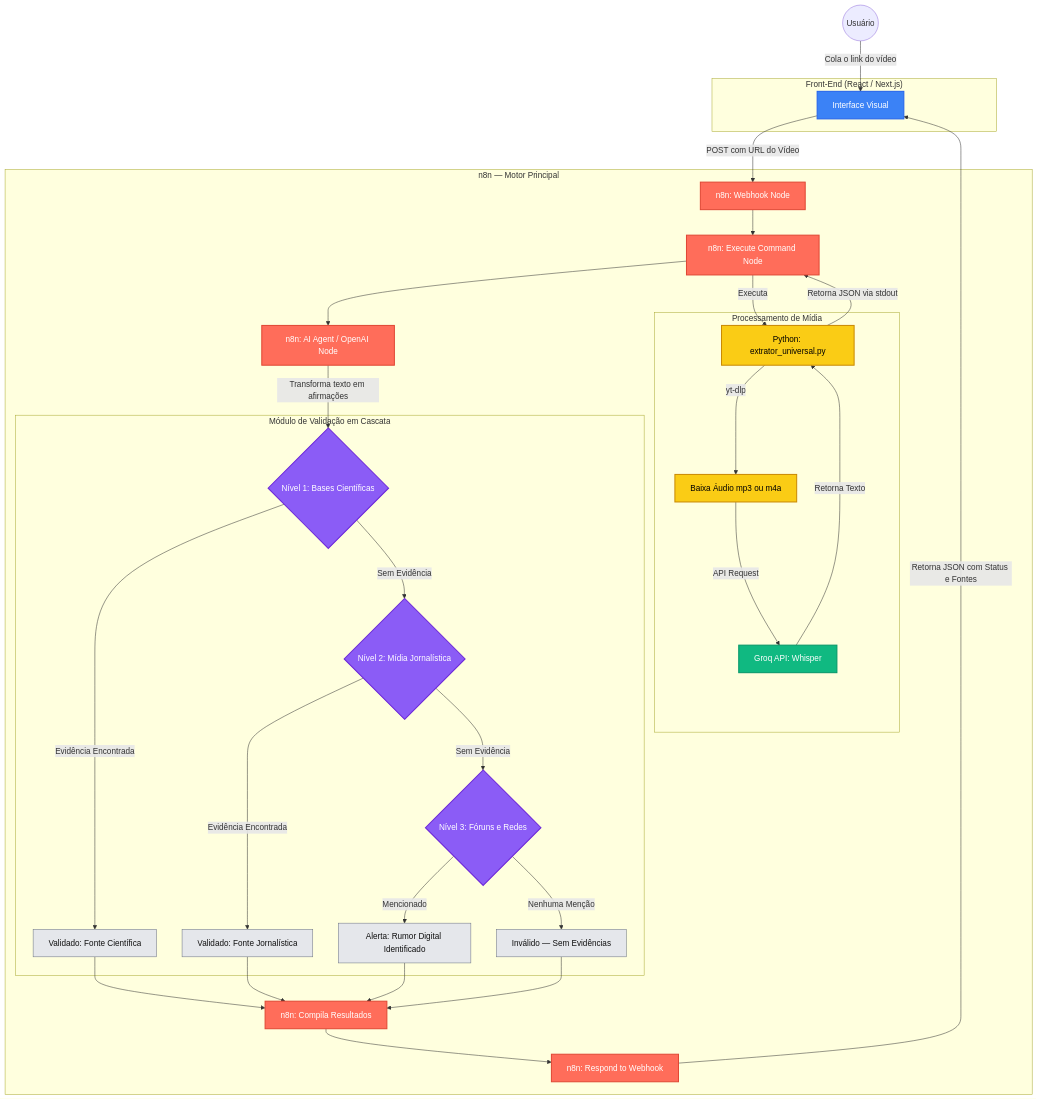
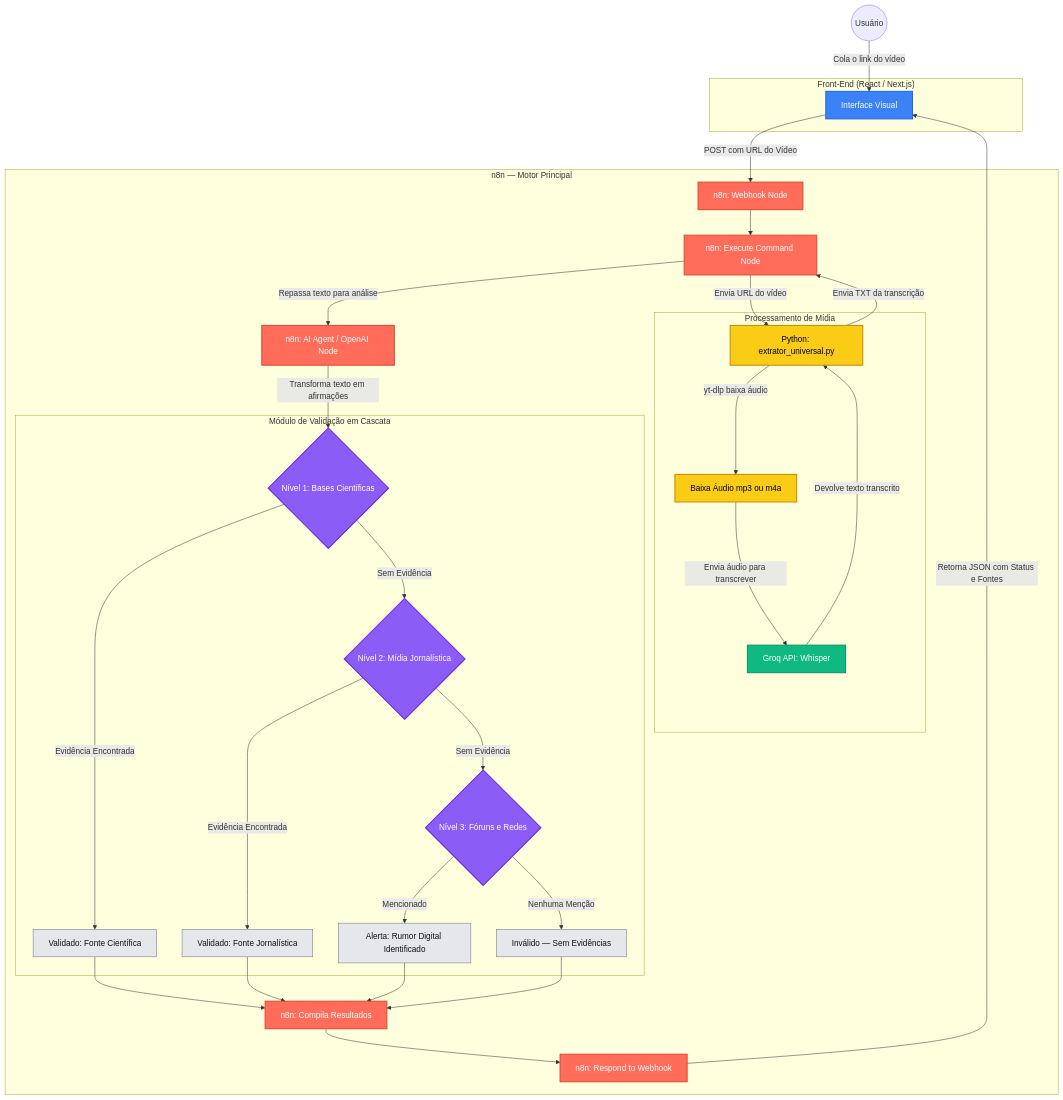
One commit to matheussvml/TCC changed the diagram in DIAGRAMA.md. Above: the diagram before and after it, drawn with Mermaid.

Commit message:
diagrama

````diff
--- a/DIAGRAMA.md
+++ b/DIAGRAMA.md
@@ -5,81 +5,81 @@
 ```mermaid
 graph TD
     %% Cores e Estilos
     classDef frontend fill:#3b82f6,stroke:#2563eb,stroke-width:2px,color:#fff;
     classDef n8n fill:#ff6d5a,stroke:#e04835,stroke-width:2px,color:#fff;
     classDef python fill:#facc15,stroke:#ca8a04,stroke-width:2px,color:#000;
     classDef api fill:#10b981,stroke:#059669,stroke-width:2px,color:#fff;
     classDef search fill:#8b5cf6,stroke:#6d28d9,stroke-width:2px,color:#fff;
     classDef result fill:#e5e7eb,stroke:#6b7280,stroke-width:1px,color:#111;
 
     %% Ator Principal
     User((Usuário))
 
     %% Bloco 1: Interface
     subgraph FrontEnd["Front-End (React / Next.js)"]
         UI["Interface Visual"]
     end
 
     %% Bloco 2: Orquestração com n8n
     subgraph N8N["n8n — Motor Principal"]
         Webhook["n8n: Webhook Node"]
         ExecCmd["n8n: Execute Command Node"]
 
         %% Bloco 3: Extração e Transcrição
         subgraph Midia["Processamento de Mídia"]
             PyScript["Python: extrator_universal.py"]
             Audio["Baixa Áudio mp3 ou m4a"]
             Groq["Groq API: Whisper"]
         end
 
         Extractor["n8n: AI Agent / OpenAI Node"]
 
         %% Bloco 4: Validação em Cascata
         subgraph Validacao["Módulo de Validação em Cascata"]
             Cascata{"Nível 1: Bases Científicas"}
             ValCientifica["Validado: Fonte Científica"]
             Nivel2{"Nível 2: Mídia Jornalística"}
             ValJornal["Validado: Fonte Jornalística"]
             Nivel3{"Nível 3: Fóruns e Redes"}
             ValRumor["Alerta: Rumor Digital Identificado"]
             ValInvalido["Inválido — Sem Evidências"]
         end
 
         Compilador["n8n: Compila Resultados"]
         Resposta["n8n: Respond to Webhook"]
     end
 
     %% Conexões
     User -->|Cola o link do vídeo| UI
     UI -->|POST com URL do Vídeo| Webhook
     Webhook --> ExecCmd
-    ExecCmd -->|Executa| PyScript
-    PyScript -->|yt-dlp| Audio
-    Audio -->|API Request| Groq
-    Groq -->|Retorna Texto| PyScript
-    PyScript -->|Retorna JSON via stdout| ExecCmd
-    ExecCmd --> Extractor
+    ExecCmd -->|Envia URL do vídeo| PyScript
+    PyScript -->|yt-dlp baixa áudio| Audio
+    Audio -->|Envia áudio para transcrever| Groq
+    Groq -->|Devolve texto transcrito| PyScript
+    PyScript -->|Envia TXT da transcrição| ExecCmd
+    ExecCmd -->|Repassa texto para análise| Extractor
     Extractor -->|Transforma texto em afirmações| Cascata
 
     Cascata -->|Evidência Encontrada| ValCientifica
     Cascata -->|Sem Evidência| Nivel2
     Nivel2 -->|Evidência Encontrada| ValJornal
     Nivel2 -->|Sem Evidência| Nivel3
     Nivel3 -->|Mencionado| ValRumor
     Nivel3 -->|Nenhuma Menção| ValInvalido
 
     ValCientifica --> Compilador
     ValJornal --> Compilador
     ValRumor --> Compilador
     ValInvalido --> Compilador
     Compilador --> Resposta
     Resposta -->|Retorna JSON com Status e Fontes| UI
 
     %% Aplicação dos estilos
     class UI frontend
     class Webhook,ExecCmd,Extractor,Compilador,Resposta n8n
     class PyScript,Audio python
     class Groq api
     class Cascata,Nivel2,Nivel3 search
     class ValCientifica,ValJornal,ValRumor,ValInvalido result
 ```
````
